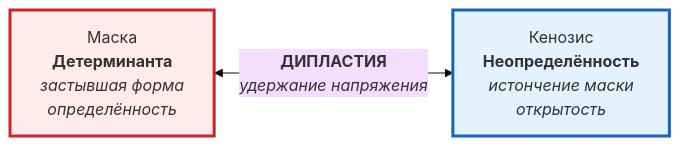
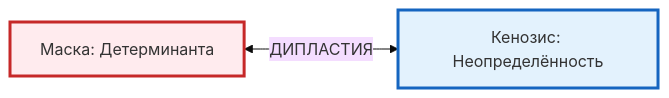
One commit to dididew74-a11y/Zazor-book changed the second of 2 diagrams in book/23-part3-02-topology.md. Above: the diagram before and after it, drawn with Mermaid (base theme). The commit also changed other lines of this file, not shown here.

````diff
--- a/book/23-part3-02-topology.md
+++ b/book/23-part3-02-topology.md
@@ -78,10 +90,10 @@
 ```mermaid
 graph LR
-    M[Маска<br/><b>Детерминанта</b><br/><i>застывшая форма</i><br/><i>определённость</i>]
-    K[Кенозис<br/><b>Неопределённость</b><br/><i>истончение маски</i><br/><i>открытость</i>]
+    M["Маска: Детерминанта"]
+    K["Кенозис: Неопределённость"]
     
-    M <-->|<b>ДИПЛАСТИЯ</b><br/><i>удержание напряжения</i>| K
+    M <-->|ДИПЛАСТИЯ| K
     
     style M fill:#ffebee,stroke:#c62828,stroke-width:3px
     style K fill:#e3f2fd,stroke:#1565c0,stroke-width:3px
 ```
````
